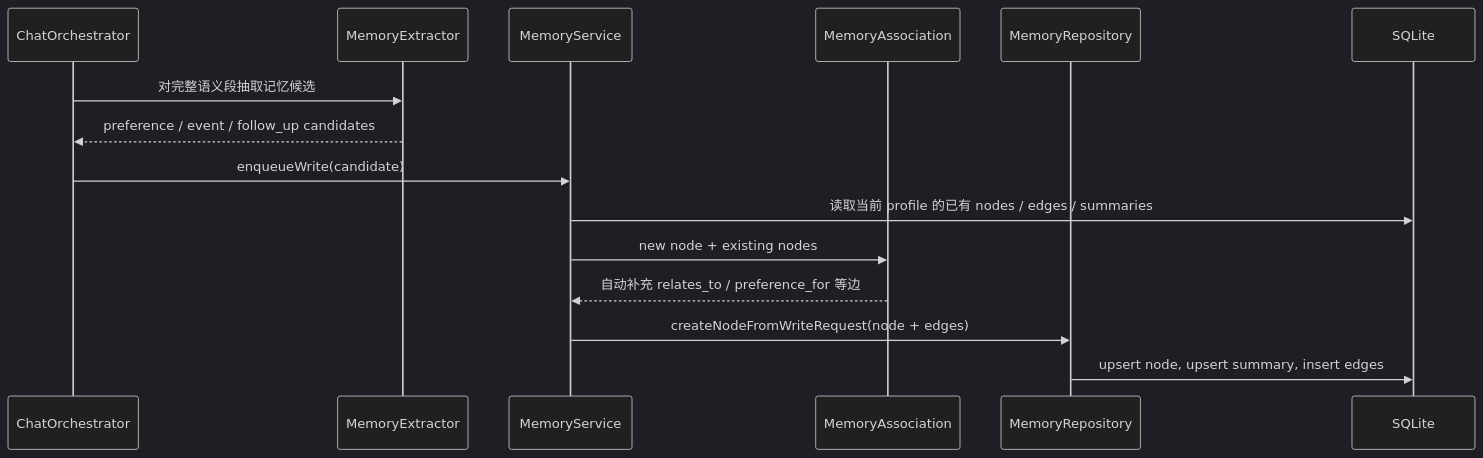
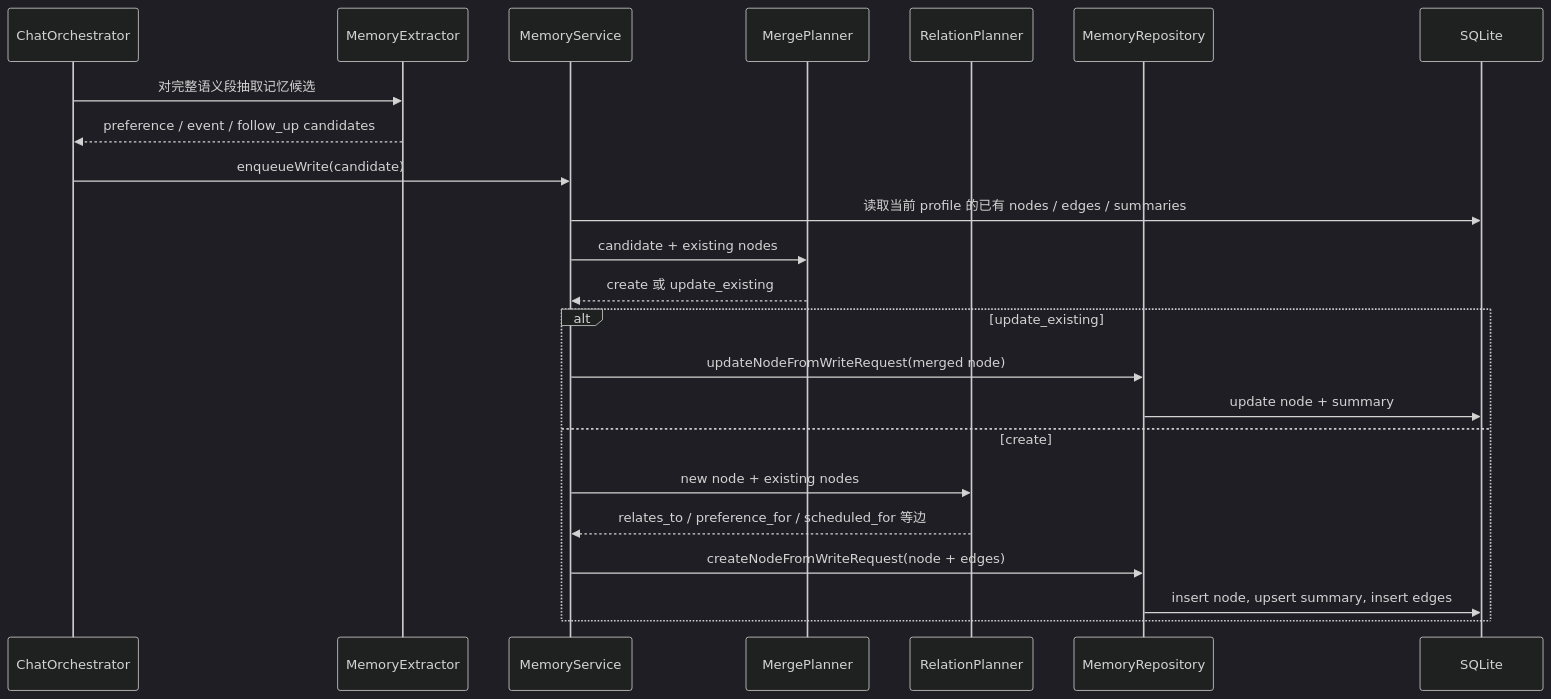
The second of 2 diagrams in docs/aurabot-memory-structure.md (Xuan-0929/AuraBot), drawn with Mermaid (dark theme) before and after one commit. The commit also changed other lines of this file and 19 other files, not shown here.

Commit message:
feat: add model-backed memory v2 flow

````diff
--- a/docs/aurabot-memory-structure.md
+++ b/docs/aurabot-memory-structure.md
@@ -43,18 +100,26 @@
 ```mermaid
 sequenceDiagram
   participant C as ChatOrchestrator
   participant E as MemoryExtractor
   participant S as MemoryService
-  participant A as MemoryAssociation
+  participant M as MergePlanner
+  participant A as RelationPlanner
   participant R as MemoryRepository
   participant D as SQLite
 
   C->>E: 对完整语义段抽取记忆候选
   E-->>C: preference / event / follow_up candidates
   C->>S: enqueueWrite(candidate)
   S->>D: 读取当前 profile 的已有 nodes / edges / summaries
-  S->>A: new node + existing nodes
-  A-->>S: 自动补充 relates_to / preference_for 等边
-  S->>R: createNodeFromWriteRequest(node + edges)
-  R->>D: upsert node, upsert summary, insert edges
+  S->>M: candidate + existing nodes
+  M-->>S: create 或 update_existing
+  alt update_existing
+    S->>R: updateNodeFromWriteRequest(merged node)
+    R->>D: update node + summary
+  else create
+    S->>A: new node + existing nodes
+    A-->>S: relates_to / preference_for / scheduled_for 等边
+    S->>R: createNodeFromWriteRequest(node + edges)
+    R->>D: insert node, upsert summary, insert edges
+  end
 ```
````
